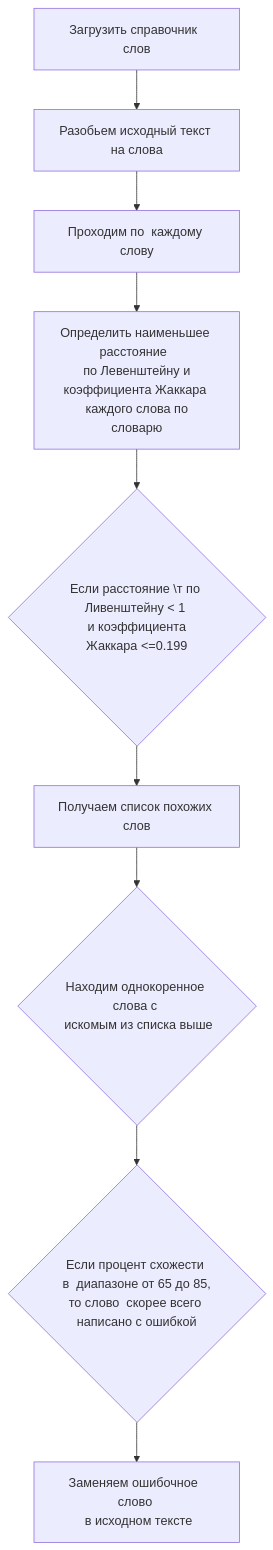
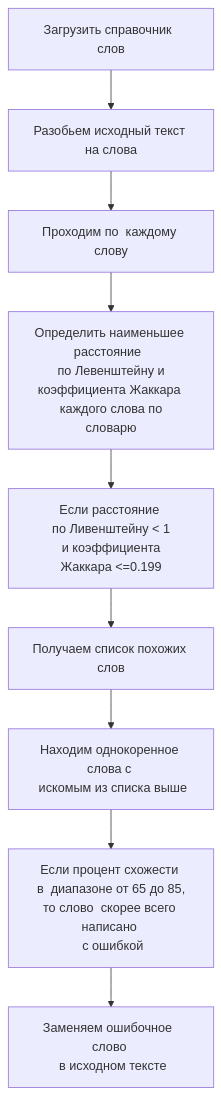
The diagram in README.MD (Barolina/search_spelling_errors), drawn with Mermaid before and after one commit.

````diff
--- a/README.MD
+++ b/README.MD
@@ -23,22 +23,22 @@
 ```mermaid
 flowchart TB
 	A[Загрузить справочник  слов]
 	B[Разобьем исходный текст на слова]
 	C[Проходим по  каждому слову]		
 	M[Определить наименьшее расстояние  \n по Левенштейну и коэффициента Жаккара \n каждого слова по словарю]
-	D{Если расстояние \т по Ливенштейну < 1 \n и коэффициента Жаккара <=0.199}
+	D[Если расстояние \n по Ливенштейну < 1 \n и коэффициента Жаккара <=0.199]
 	H[Получаем список похожих слов]
-	J{Находим однокоренное слова с \n искомым из списка выше}
-	K{Если процент схожести \n в  диапазоне от 65 до 85, \n то слово  скорее всего  написано с ошибкой}
+	J[Находим однокоренное слова с \n искомым из списка выше]
+	K[Если процент схожести \n в  диапазоне от 65 до 85, \n то слово  скорее всего  написано \n с ошибкой]
 	L[Заменяем ошибочное  слово \n в исходном тексте]
 	A --> B
 	B --> C	 	
 	C --> M	
 	M --> D
 	D --> H	
 	H --> J
 	J --> K	
 	K --> L
 	
 
 ```
````
